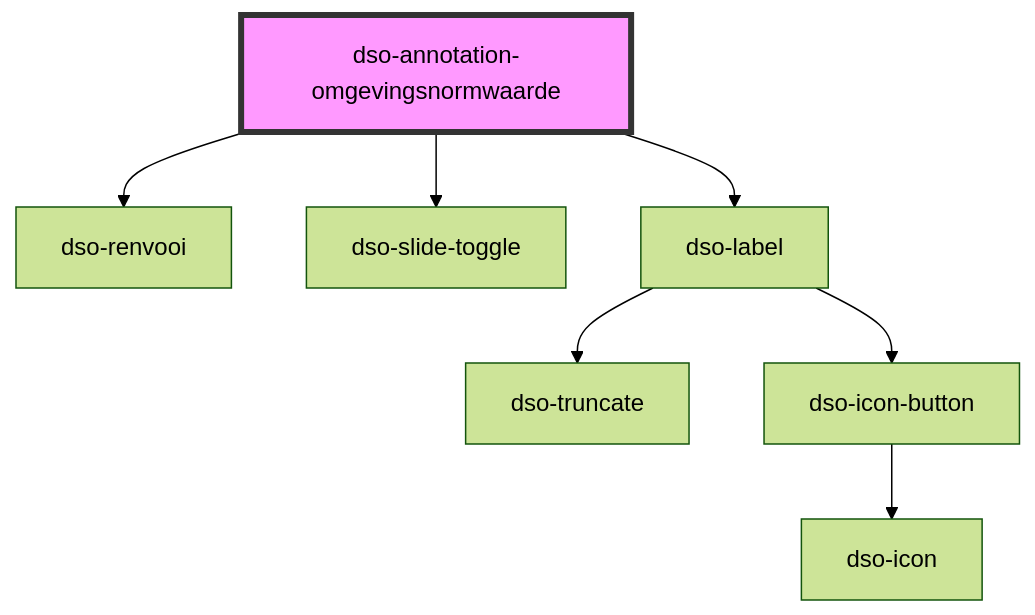
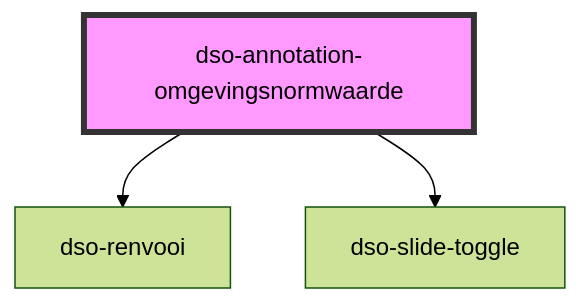
Before and after one commit to dso-toolkit/dso-toolkit: the diagram in packages/core/src/components/annotation/annotation-omgevingsnormwaarde/readme.md, drawn with Mermaid (forest theme). The commit also changed other lines of this file and 20 other files, not shown here.

Commit message:
#4033 [Changed] Annotation: Label moet kunnen worden aangepast

````diff
--- a/packages/core/src/components/annotation/annotation-omgevingsnormwaarde/readme.md
+++ b/packages/core/src/components/annotation/annotation-omgevingsnormwaarde/readme.md
@@ -37,10 +42,6 @@
 ```mermaid
 graph TD;
   dso-annotation-omgevingsnormwaarde --> dso-renvooi
   dso-annotation-omgevingsnormwaarde --> dso-slide-toggle
-  dso-annotation-omgevingsnormwaarde --> dso-label
-  dso-label --> dso-truncate
-  dso-label --> dso-icon-button
-  dso-icon-button --> dso-icon
   style dso-annotation-omgevingsnormwaarde fill:#f9f,stroke:#333,stroke-width:4px
 ```
````
